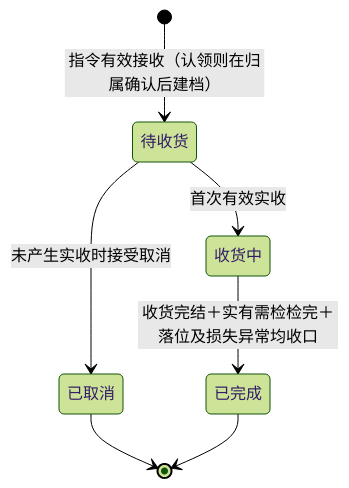
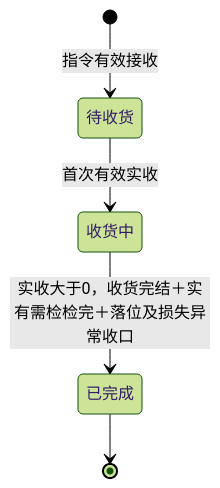
Before and after one commit to TopVitamin/QS-WMS-Project: the first of 4 diagrams in 05-应用设计方案/20261002-MVP版本/系统架构设计/03-单据与状态流转.md, drawn with Mermaid (forest theme). The commit also changed other lines of this file and 63 other files, not shown here.

````diff
--- a/05-应用设计方案/20261002-MVP版本/系统架构设计/03-单据与状态流转.md
+++ b/05-应用设计方案/20261002-MVP版本/系统架构设计/03-单据与状态流转.md
@@ -41,9 +38,7 @@
 ```mermaid
 stateDiagram-v2
-    [*] --> 待收货: 指令有效接收（认领则在归属确认后建档）
+    [*] --> 待收货: 指令有效接收
     待收货 --> 收货中: 首次有效实收
-    待收货 --> 已取消: 未产生实收时接受取消
-    收货中 --> 已完成: 收货完结＋实有需检检完＋落位及损失异常均收口
-    已取消 --> [*]
+    收货中 --> 已完成: 实收大于0，收货完结＋实有需检检完＋落位及损失异常收口
     已完成 --> [*]
 ```
````
